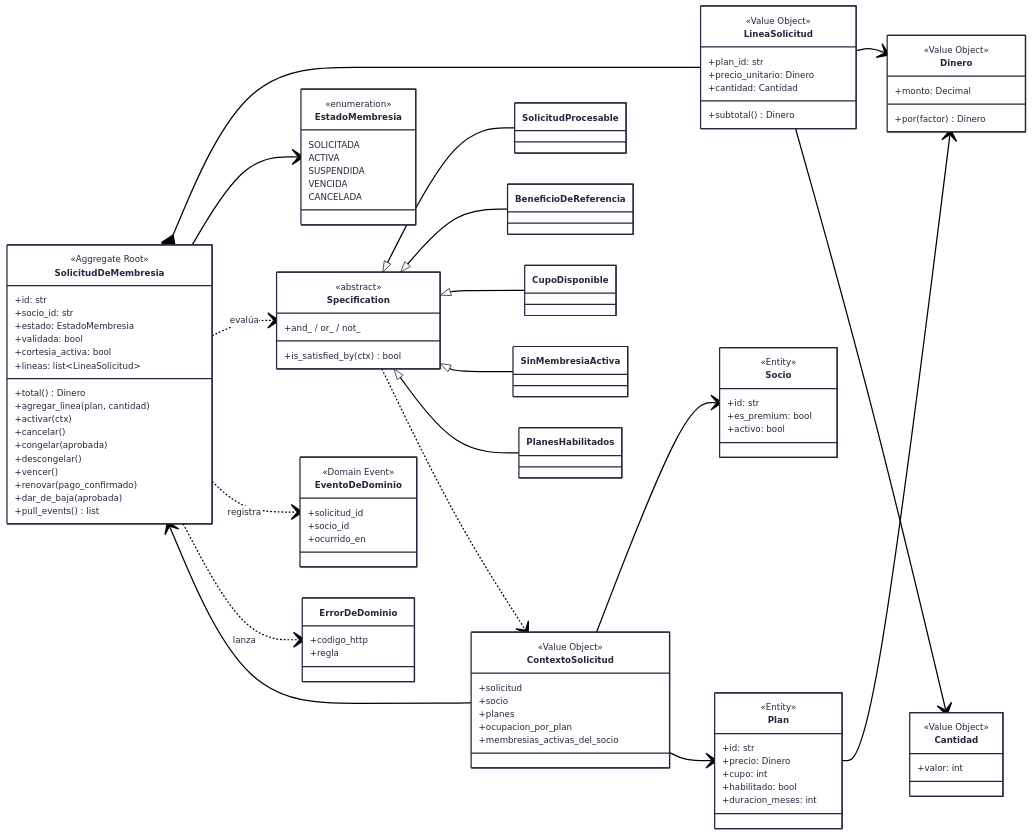
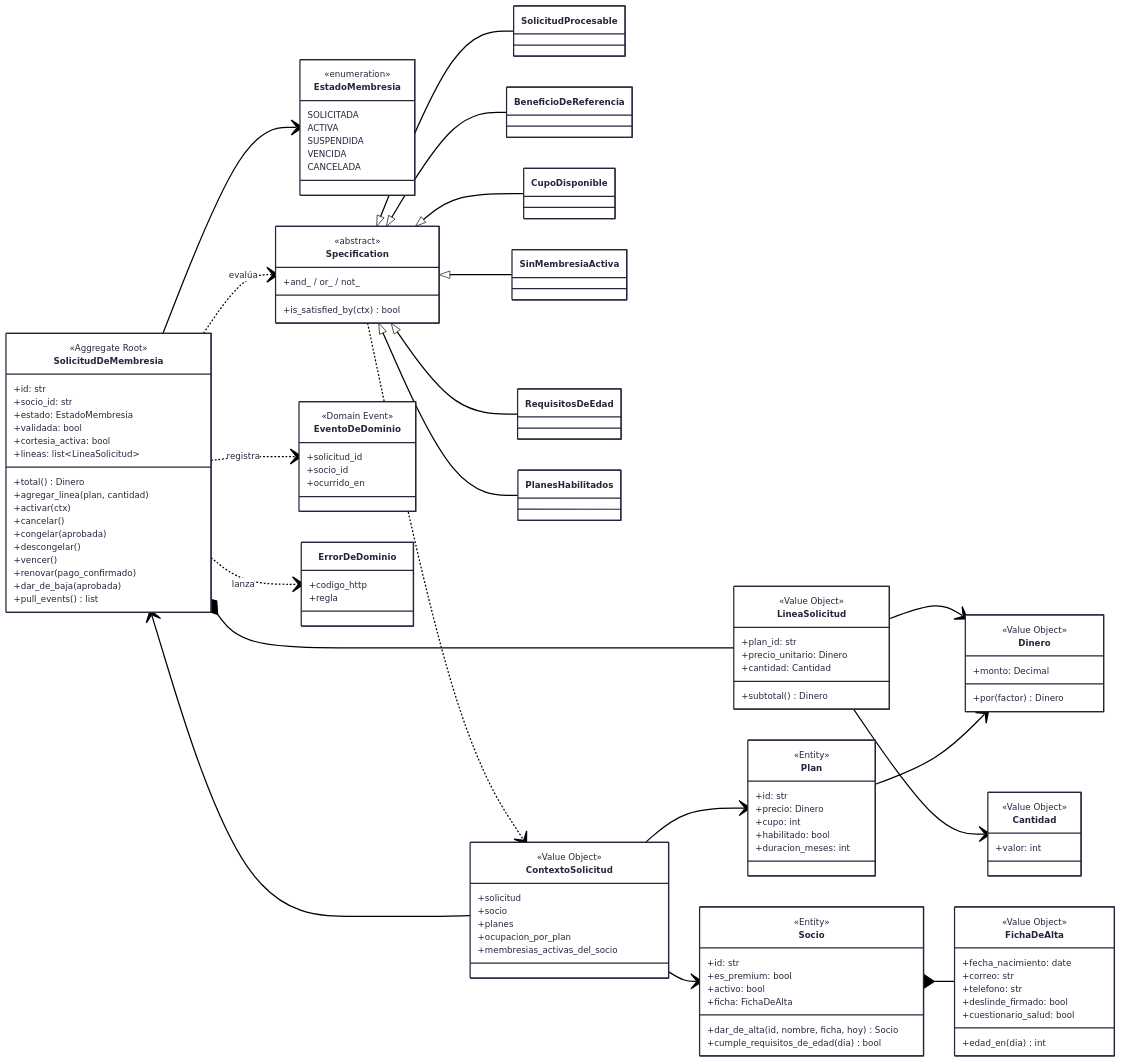
One commit to emmxnueo/fit-zone-cln changed the first of 4 diagrams in docs/architecture/modelo-dominio.md. Above: the diagram before and after it, drawn with Mermaid. The commit also changed other lines of this file and 25 other files, not shown here.

First line of the commit message:
Alta de socios con edad mínima y deslinde (RN-01, RN-02)

````diff
--- a/docs/architecture/modelo-dominio.md
+++ b/docs/architecture/modelo-dominio.md
@@ -80,6 +80,18 @@
     +id: str
     +es_premium: bool
     +activo: bool
+    +ficha: FichaDeAlta
+    +dar_de_alta(id, nombre, ficha, hoy) Socio
+    +cumple_requisitos_de_edad(dia) bool
+  }
+  class FichaDeAlta {
+    <<Value Object>>
+    +fecha_nacimiento: date
+    +correo: str
+    +telefono: str
+    +deslinde_firmado: bool
+    +cuestionario_salud: bool
+    +edad_en(dia) int
   }
   class Plan {
     <<Entity>>
@@ -106,6 +118,7 @@
   class BeneficioDeReferencia
   class CupoDisponible
   class SinMembresiaActiva
+  class RequisitosDeEdad
   class PlanesHabilitados
   class ContextoSolicitud {
     <<Value Object>>
@@ -138,9 +151,11 @@
   Specification <|-- BeneficioDeReferencia
   Specification <|-- CupoDisponible
   Specification <|-- SinMembresiaActiva
+  Specification <|-- RequisitosDeEdad
   Specification <|-- PlanesHabilitados
   Specification ..> ContextoSolicitud
   ContextoSolicitud --> Socio
+  Socio *-- FichaDeAlta
   ContextoSolicitud --> Plan
   ContextoSolicitud --> SolicitudDeMembresia
 ```
````
